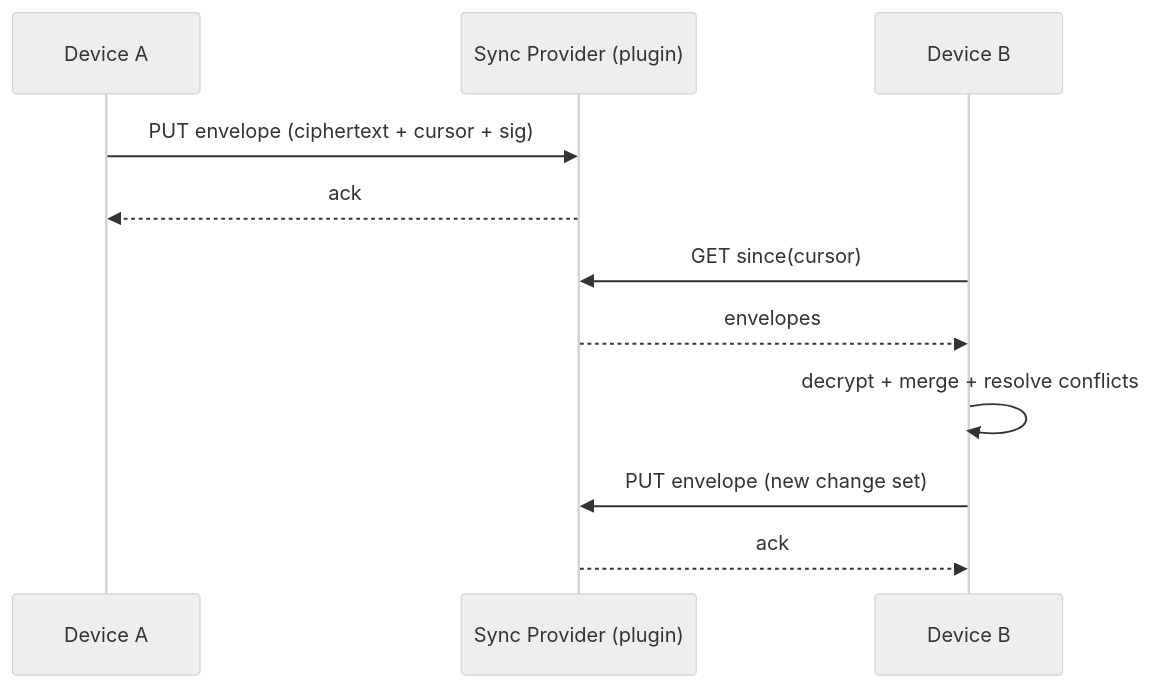
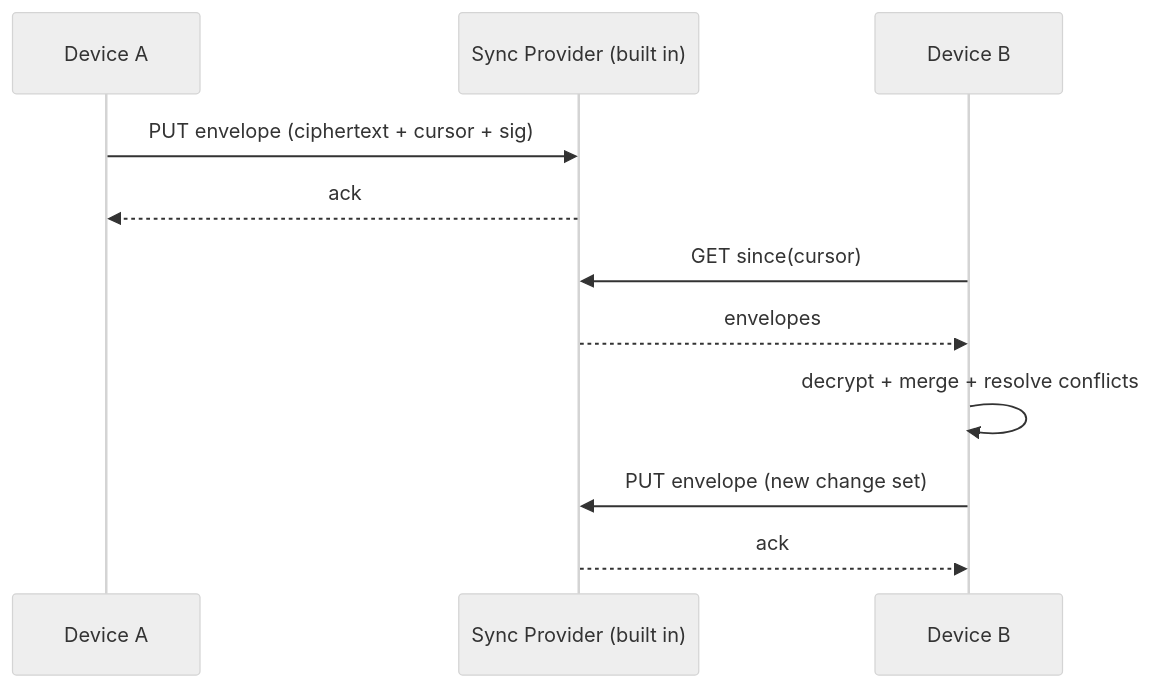
One commit to Kiroku-Solutions/Pine changed the first of 2 diagrams in docs/14-Synchronization.md. Above: the diagram before and after it, drawn with Mermaid (neutral theme). The commit also changed other lines of this file and 52 other files, not shown here.

````diff
--- a/docs/14-Synchronization.md
+++ b/docs/14-Synchronization.md
@@ -91,13 +91,13 @@
 ```mermaid
 sequenceDiagram
     participant A as Device A
-    participant P as Sync Provider (plugin)
+    participant P as Sync Provider (built in)
     participant B as Device B
     A->>P: PUT envelope (ciphertext + cursor + sig)
     P-->>A: ack
     B->>P: GET since(cursor)
     P-->>B: envelopes
     B->>B: decrypt + merge + resolve conflicts
     B->>P: PUT envelope (new change set)
     P-->>B: ack
 ```
````
